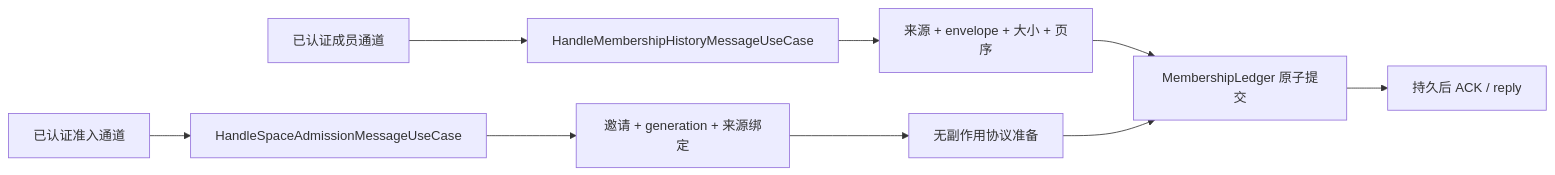
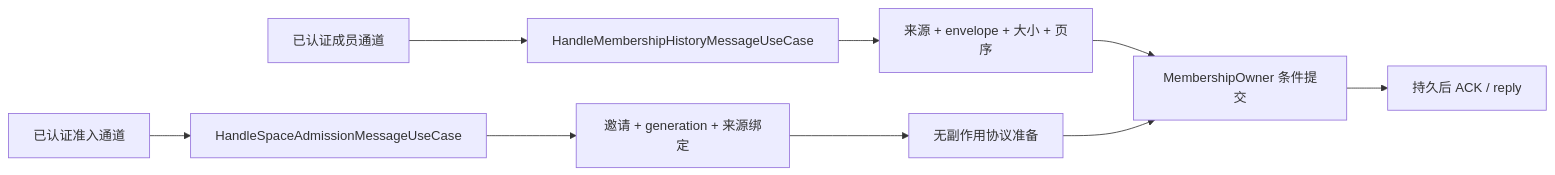
Before and after one commit to UniClipboard/Engine: the third of 5 diagrams in docs/design-docs/space-application.md, drawn with Mermaid. The commit also changed other lines of this file and 13 other files, not shown here.

````diff
--- a/docs/design-docs/space-application.md
+++ b/docs/design-docs/space-application.md
@@ -218,11 +227,11 @@
 ```mermaid
 flowchart LR
     MemberChannel[已认证成员通道] --> HistoryEndpoint[HandleMembershipHistoryMessageUseCase]
     AdmissionChannel[已认证准入通道] --> AdmissionEndpoint[HandleSpaceAdmissionMessageUseCase]
     HistoryEndpoint --> Bounds[来源 + envelope + 大小 + 页序]
     AdmissionEndpoint --> Invitation[邀请 + generation + 来源绑定]
-    Bounds --> Ledger[MembershipLedger 原子提交]
+    Bounds --> Owner[MembershipOwner 条件提交]
     Invitation --> Prepare[无副作用协议准备]
-    Prepare --> Ledger
-    Ledger --> Ack[持久后 ACK / reply]
+    Prepare --> Owner
+    Owner --> Ack[持久后 ACK / reply]
 ```
````
